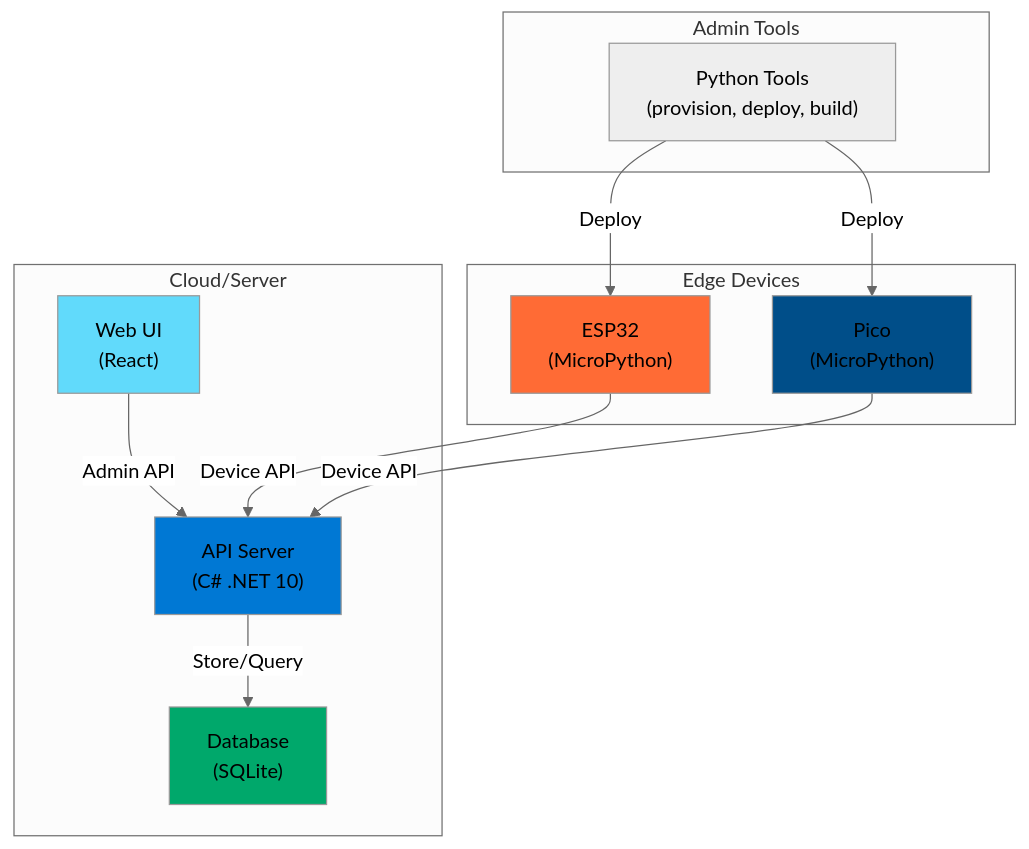
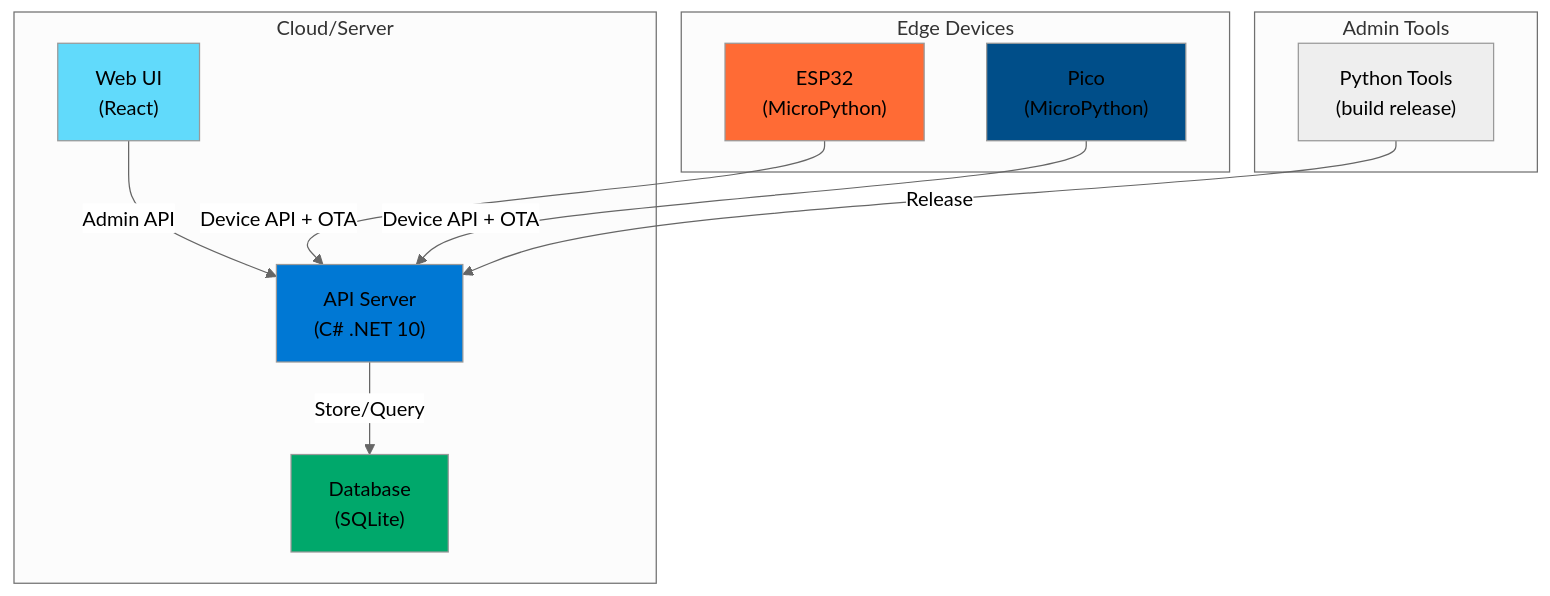
One commit to Adipa-G/HomeIOT changed the diagram in README.md. Above: the diagram before and after it, drawn with Mermaid (neutral theme). The commit also changed other lines of this file and 13 other files, not shown here.

````diff
--- a/README.md
+++ b/README.md
@@ -69,30 +70,29 @@
 ```mermaid
 graph TB
     subgraph "Cloud/Server"
         API["API Server<br/>(C# .NET 10)"]
         DB["Database<br/>(SQLite)"]
         WEB["Web UI<br/>(React)"]
     end
     
     subgraph "Edge Devices"
         ESP32["ESP32<br/>(MicroPython)"]
         PICO["Pico<br/>(MicroPython)"]
     end
     
     subgraph "Admin Tools"
-        TOOLS["Python Tools<br/>(provision, deploy, build)"]
+        TOOLS["Python Tools<br/>(build release)"]
     end
     
     WEB -->|Admin API| API
     API -->|Store/Query| DB
-    ESP32 -->|Device API| API
-    PICO -->|Device API| API
-    TOOLS -->|Deploy| ESP32
-    TOOLS -->|Deploy| PICO
+    ESP32 -->|Device API + OTA| API
+    PICO -->|Device API + OTA| API
+    TOOLS -->|Release| API
     
     style API fill:#0078d4
     style WEB fill:#61dafb
     style DB fill:#00a86b
     style ESP32 fill:#ff6b35
     style PICO fill:#004e89
 ```
````
